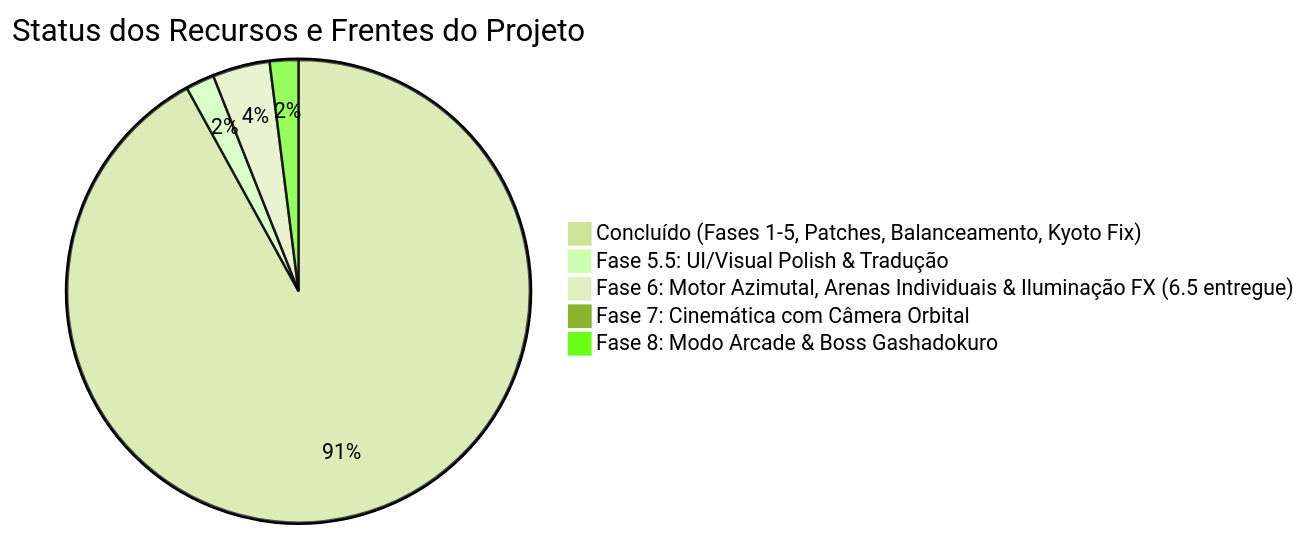
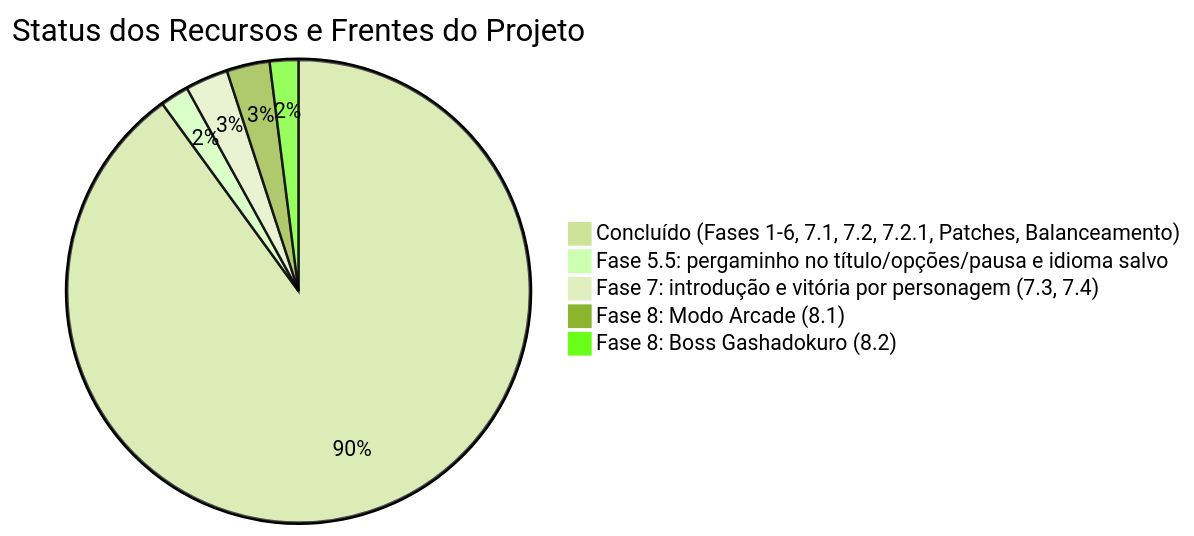
One commit to colletes/samurai-edge-demake changed the diagram in ROADMAP.md. Above: the diagram before and after it, drawn with Mermaid (forest theme). The commit also changed other lines of this file and 23 other files, not shown here.

Commit message:
feat: per-character intro and victory animations, outcome sequence, cel shading removal, system language default

````diff
--- a/ROADMAP.md
+++ b/ROADMAP.md
@@ -11,8 +11,8 @@
 ```mermaid
 pie title Status dos Recursos e Frentes do Projeto
-    "Concluído (Fases 1-5, Patches, Balanceamento, Kyoto Fix)" : 92
-    "Fase 5.5: UI/Visual Polish & Tradução" : 2
-    "Fase 6: Motor Azimutal, Arenas Individuais & Iluminação FX (6.5 entregue)" : 4
-    "Fase 7: Cinemática com Câmera Orbital" : 1
-    "Fase 8: Modo Arcade & Boss Gashadokuro" : 2
+    "Concluído (Fases 1-6, 7.1, 7.2, 7.2.1, Patches, Balanceamento)" : 90
+    "Fase 5.5: pergaminho no título/opções/pausa e idioma salvo" : 2
+    "Fase 7: introdução e vitória por personagem (7.3, 7.4)" : 3
+    "Fase 8: Modo Arcade (8.1)" : 3
+    "Fase 8: Boss Gashadokuro (8.2)" : 2
 ```
````
